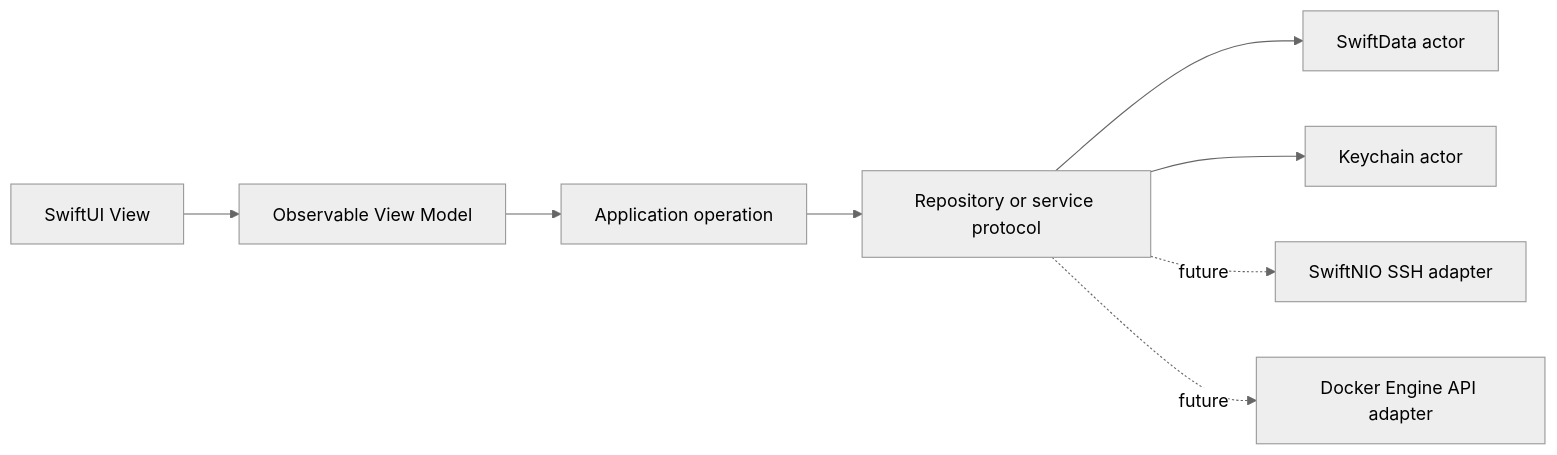
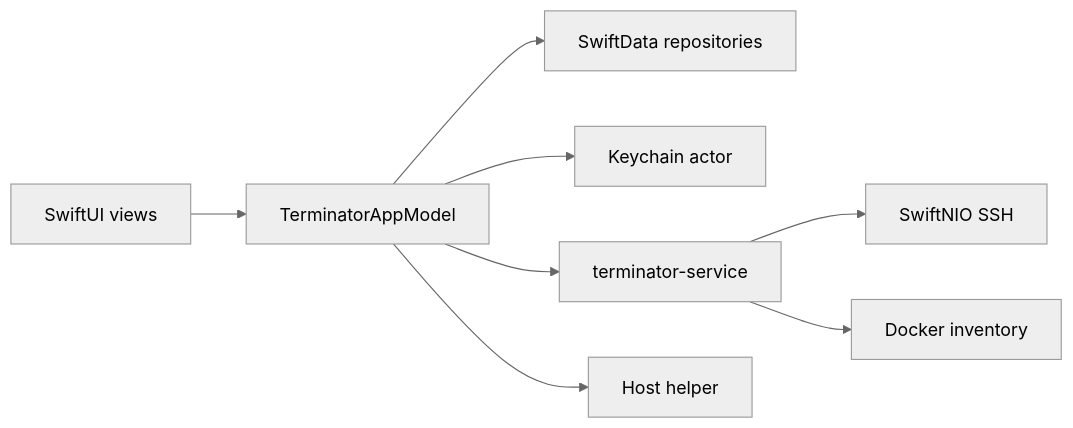
One commit to Zewsic/Terminator changed the diagram in README.md. Above: the diagram before and after it, drawn with Mermaid (neutral theme). The commit also changed other lines of this file, not shown here.

First line of the commit message:
Describe the app that exists and drop the roadmap.

````diff
--- a/README.md
+++ b/README.md
@@ -78,10 +68,10 @@
 ```mermaid
 flowchart LR
-    View[SwiftUI View] --> VM[Observable View Model]
-    VM --> UseCase[Application operation]
-    UseCase --> Port[Repository or service protocol]
-    Port --> SwiftData[SwiftData actor]
-    Port --> Keychain[Keychain actor]
-    Port -. future .-> SSH[SwiftNIO SSH adapter]
-    Port -. future .-> Docker[Docker Engine API adapter]
+    View[SwiftUI views] --> Model[TerminatorAppModel]
+    Model --> Store[SwiftData repositories]
+    Model --> Keychain[Keychain actor]
+    Model --> Service[terminator-service]
+    Service --> SSH[SwiftNIO SSH]
+    Service --> Docker[Docker inventory]
+    Model --> Helper[Host helper]
 ```
````
